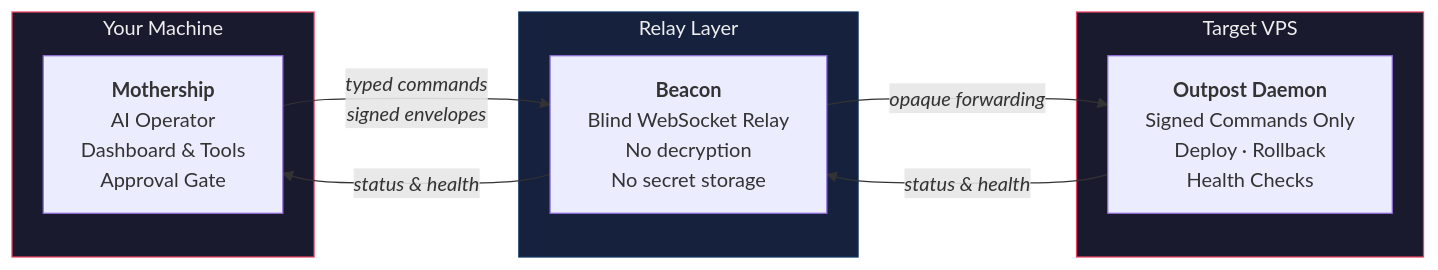
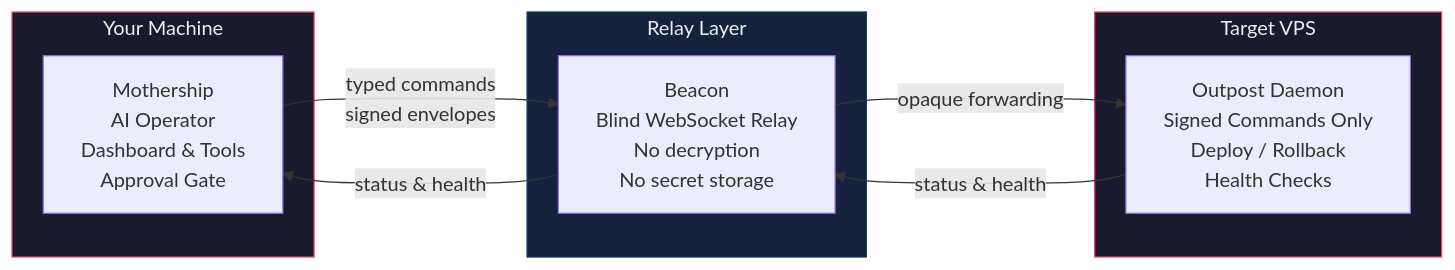
The diagram in README.md (ramigb/outpost), drawn with Mermaid before and after one commit. The commit also changed other lines of this file, not shown here.

````diff
--- a/README.md
+++ b/README.md
@@ -43,23 +26,23 @@
 ```mermaid
 flowchart LR
     subgraph local[" Your Machine "]
-        M["<b>Mothership</b><br/>AI Operator<br/>Dashboard &amp; Tools<br/>Approval Gate"]
+        M["Mothership<br/>AI Operator<br/>Dashboard & Tools<br/>Approval Gate"]
     end
 
     subgraph relay[" Relay Layer "]
-        B["<b>Beacon</b><br/>Blind WebSocket Relay<br/>No decryption<br/>No secret storage"]
+        B["Beacon<br/>Blind WebSocket Relay<br/>No decryption<br/>No secret storage"]
     end
 
     subgraph remote[" Target VPS "]
-        O["<b>Outpost Daemon</b><br/>Signed Commands Only<br/>Deploy &middot; Rollback<br/>Health Checks"]
+        O["Outpost Daemon<br/>Signed Commands Only<br/>Deploy / Rollback<br/>Health Checks"]
     end
 
-    M -->|"<i>typed commands<br/>signed envelopes</i>"| B
-    B -->|"<i>opaque forwarding</i>"| O
-    O -->|"<i>status &amp; health</i>"| B
-    B -->|"<i>status &amp; health</i>"| M
+    M -->|"typed commands<br/>signed envelopes"| B
+    B -->|"opaque forwarding"| O
+    O -->|"status & health"| B
+    B -->|"status & health"| M
 
     style local fill:#1a1a2e,stroke:#e94560,color:#eee
     style relay fill:#16213e,stroke:#0f3460,color:#eee
     style remote fill:#1a1a2e,stroke:#e94560,color:#eee
 ```
````
